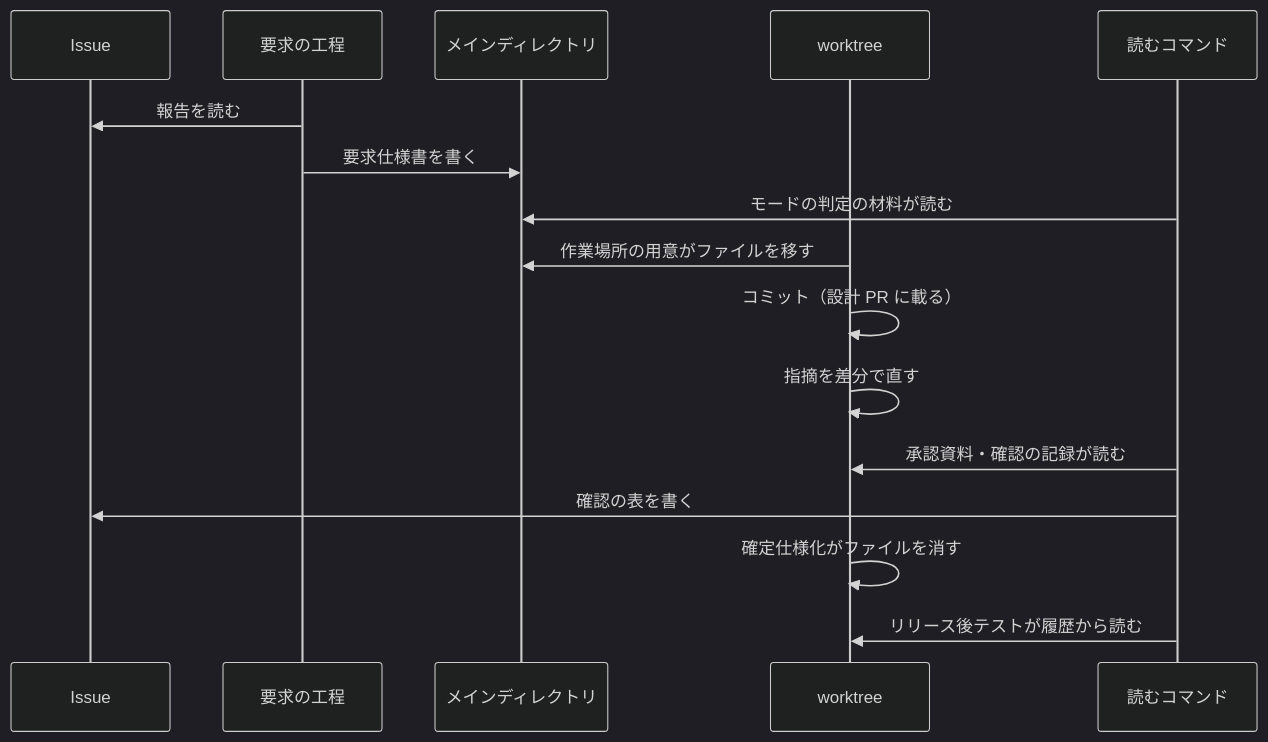
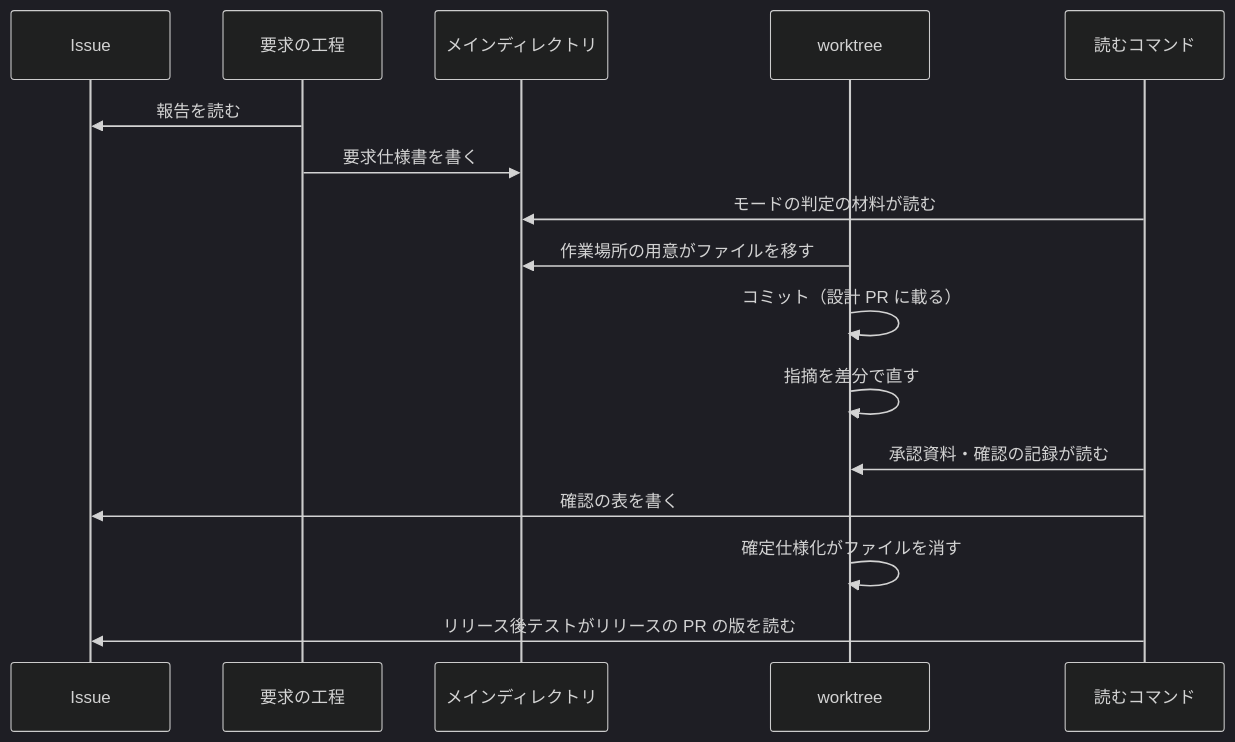
Before and after one commit to devbasex/ai-plugins: the fourth of 4 diagrams in issues/issue-4735-design.md, drawn with Mermaid (dark theme). The commit also changed other lines of this file and 1 other file, not shown here.

````diff
--- a/issues/issue-4735-design.md
+++ b/issues/issue-4735-design.md
@@ -209,18 +293,18 @@
 ```mermaid
 sequenceDiagram
   participant G as Issue
   participant W as 要求の工程
   participant M as メインディレクトリ
   participant T as worktree
   participant C as 読むコマンド
   W->>G: 報告を読む
   W->>M: 要求仕様書を書く
   C->>M: モードの判定の材料が読む
   T->>M: 作業場所の用意がファイルを移す
   T->>T: コミット（設計 PR に載る）
   T->>T: 指摘を差分で直す
   C->>T: 承認資料・確認の記録が読む
   C->>G: 確認の表を書く
   T->>T: 確定仕様化がファイルを消す
-  C->>T: リリース後テストが履歴から読む
+  C->>G: リリース後テストがリリースの PR の版を読む
 ```
````
